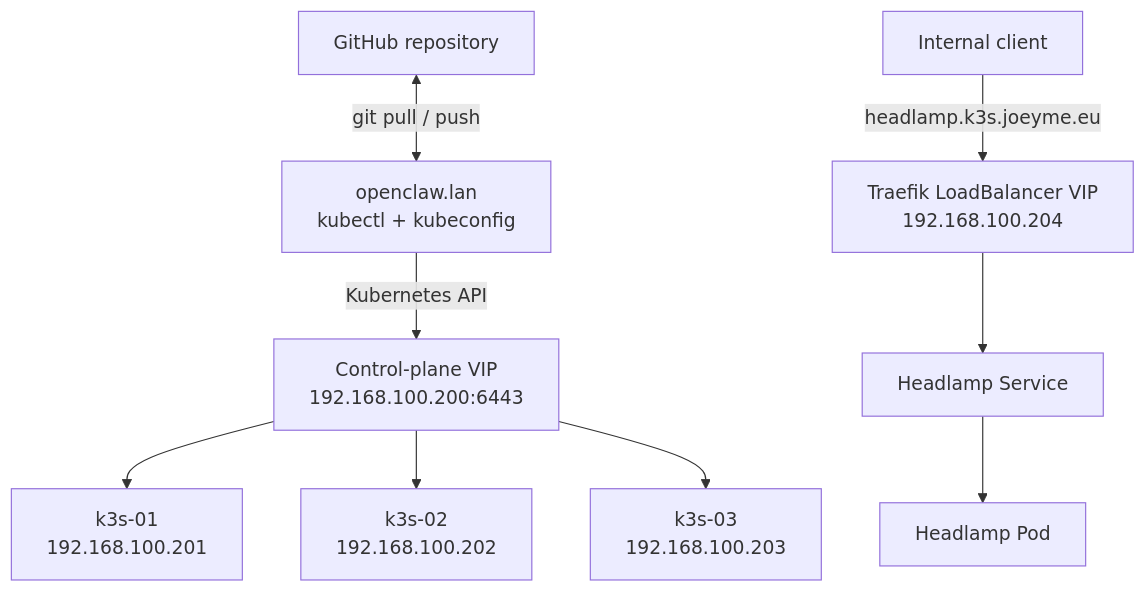
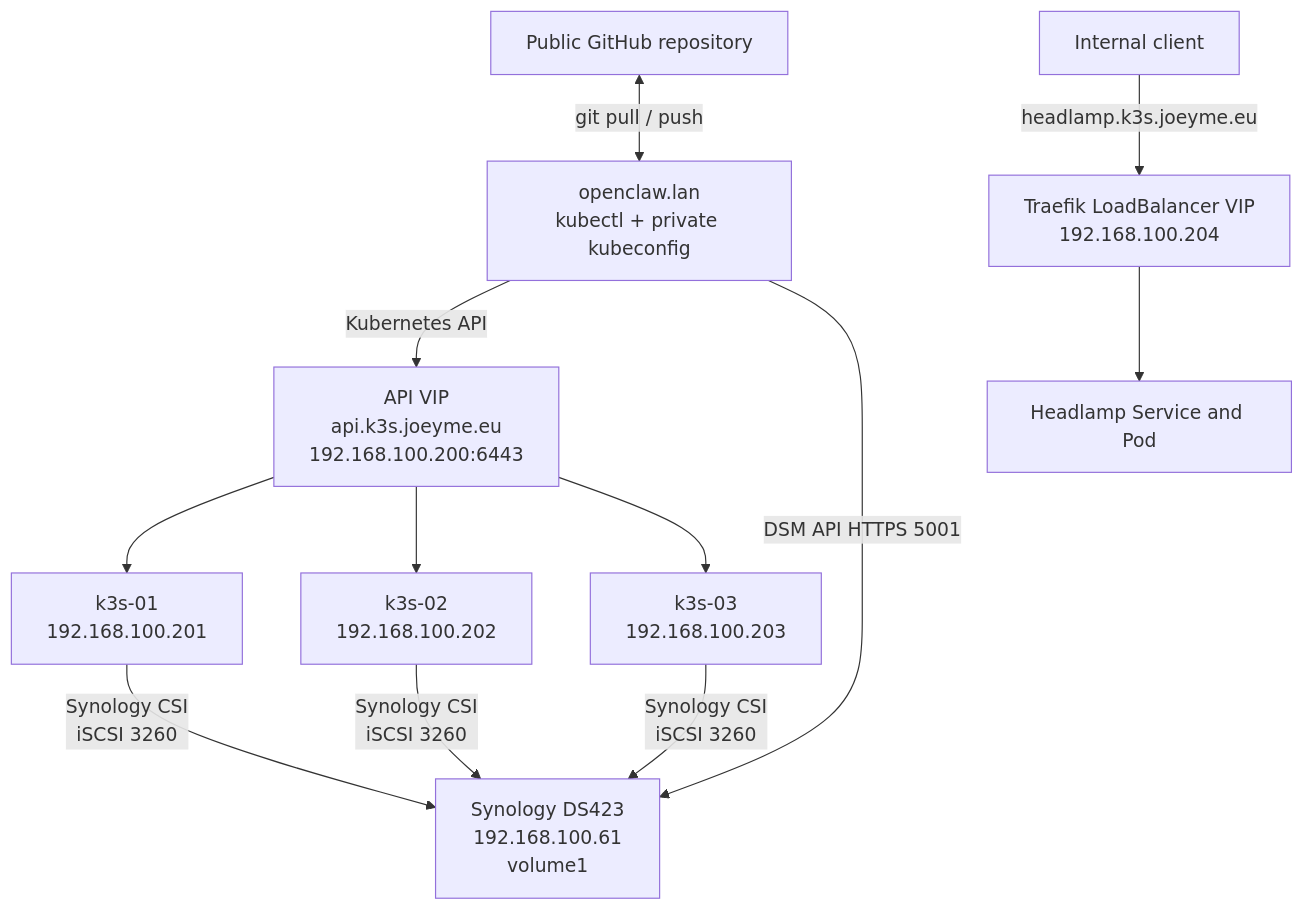
One commit to realjoeyme/k3s-lab changed the diagram in README.md. Above: the diagram before and after it, drawn with Mermaid. The commit also changed other lines of this file and 13 other files, not shown here.

Commit message:
Synology CSI storage integration

````diff
--- a/README.md
+++ b/README.md
@@ -9,12 +14,17 @@
-```mermaid
+~~~mermaid
 flowchart TD
-    GH[GitHub repository] <-->|git pull / push| MGMT[openclaw.lan<br/>kubectl + kubeconfig]
-    MGMT -->|Kubernetes API| API[Control-plane VIP<br/>192.168.100.200:6443]
+    GH[Public GitHub repository] <-->|git pull / push| MGMT[openclaw.lan<br/>kubectl + private kubeconfig]
+    MGMT -->|Kubernetes API| API[API VIP<br/>api.k3s.joeyme.eu<br/>192.168.100.200:6443]
+
     API --> N1[k3s-01<br/>192.168.100.201]
     API --> N2[k3s-02<br/>192.168.100.202]
     API --> N3[k3s-03<br/>192.168.100.203]
 
     CLIENT[Internal client] -->|headlamp.k3s.joeyme.eu| LB[Traefik LoadBalancer VIP<br/>192.168.100.204]
-    LB --> SVC[Headlamp Service]
-    SVC --> POD[Headlamp Pod]
-```
+    LB --> HEADLAMP[Headlamp Service and Pod]
+
+    N1 -->|Synology CSI<br/>iSCSI 3260| NAS[Synology DS423<br/>192.168.100.61<br/>volume1]
+    N2 -->|Synology CSI<br/>iSCSI 3260| NAS
+    N3 -->|Synology CSI<br/>iSCSI 3260| NAS
+    MGMT -->|DSM API HTTPS 5001| NAS
+~~~
````
